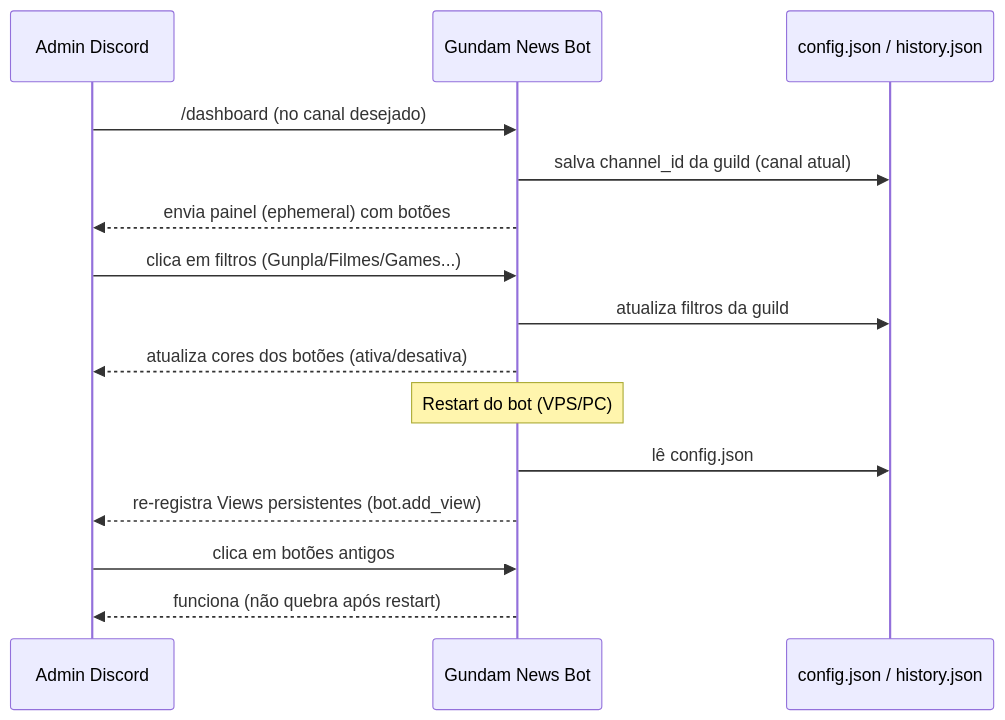
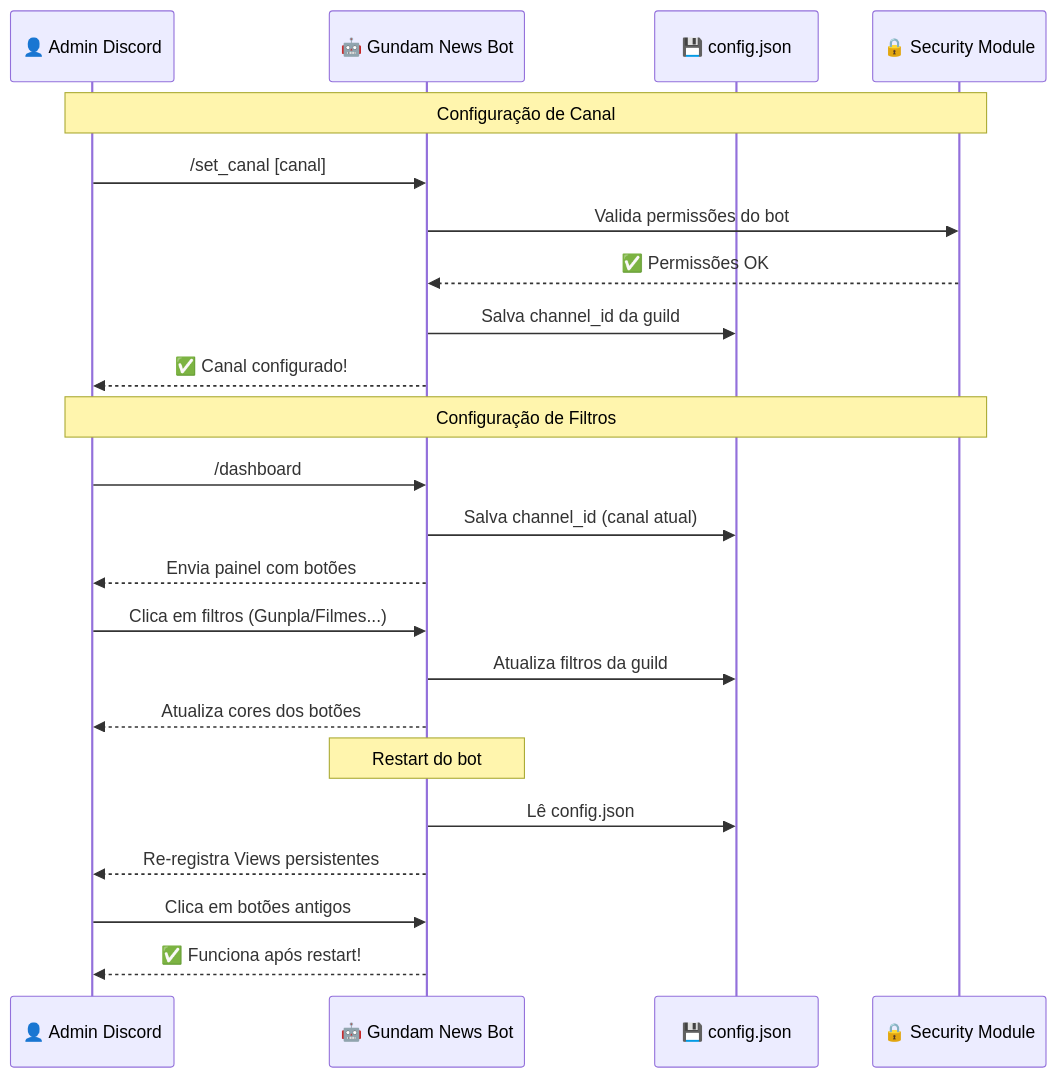
One commit to carmipa/gundam-news-discord changed the second of 5 diagrams in README.md. Above: the diagram before and after it, drawn with Mermaid. The commit also changed other lines of this file and 21 other files, not shown here.

Commit message:
feat: Implement initial Discord bot with HTML monitoring, command cogs, and multi-language support.

````diff
--- a/README.md
+++ b/README.md
@@ -113,19 +160,30 @@
 ```mermaid
 sequenceDiagram
-  participant Admin as Admin Discord
-  participant Bot as Gundam News Bot
-  participant Disk as config.json / history.json
-
-  Admin->>Bot: /dashboard (no canal desejado)
-  Bot->>Disk: salva channel_id da guild (canal atual)
-  Bot-->>Admin: envia painel (ephemeral) com botões
-  Admin->>Bot: clica em filtros (Gunpla/Filmes/Games...)
-  Bot->>Disk: atualiza filtros da guild
-  Bot-->>Admin: atualiza cores dos botões (ativa/desativa)
-
-  Note over Bot: Restart do bot (VPS/PC)
-  Bot->>Disk: lê config.json
-  Bot-->>Admin: re-registra Views persistentes (bot.add_view)
-  Admin->>Bot: clica em botões antigos
-  Bot-->>Admin: funciona (não quebra após restart)
+    participant Admin as 👤 Admin Discord
+    participant Bot as 🤖 Gundam News Bot
+    participant Disk as 💾 config.json
+    participant Security as 🔒 Security Module
+    
+    Note over Admin,Security: Configuração de Canal
+    
+    Admin->>Bot: /set_canal [canal]
+    Bot->>Security: Valida permissões do bot
+    Security-->>Bot: ✅ Permissões OK
+    Bot->>Disk: Salva channel_id da guild
+    Bot-->>Admin: ✅ Canal configurado!
+    
+    Note over Admin,Security: Configuração de Filtros
+    
+    Admin->>Bot: /dashboard
+    Bot->>Disk: Salva channel_id (canal atual)
+    Bot-->>Admin: Envia painel com botões
+    Admin->>Bot: Clica em filtros (Gunpla/Filmes...)
+    Bot->>Disk: Atualiza filtros da guild
+    Bot-->>Admin: Atualiza cores dos botões
+    
+    Note over Bot: Restart do bot
+    Bot->>Disk: Lê config.json
+    Bot-->>Admin: Re-registra Views persistentes
+    Admin->>Bot: Clica em botões antigos
+    Bot-->>Admin: ✅ Funciona após restart!
 ```
````
